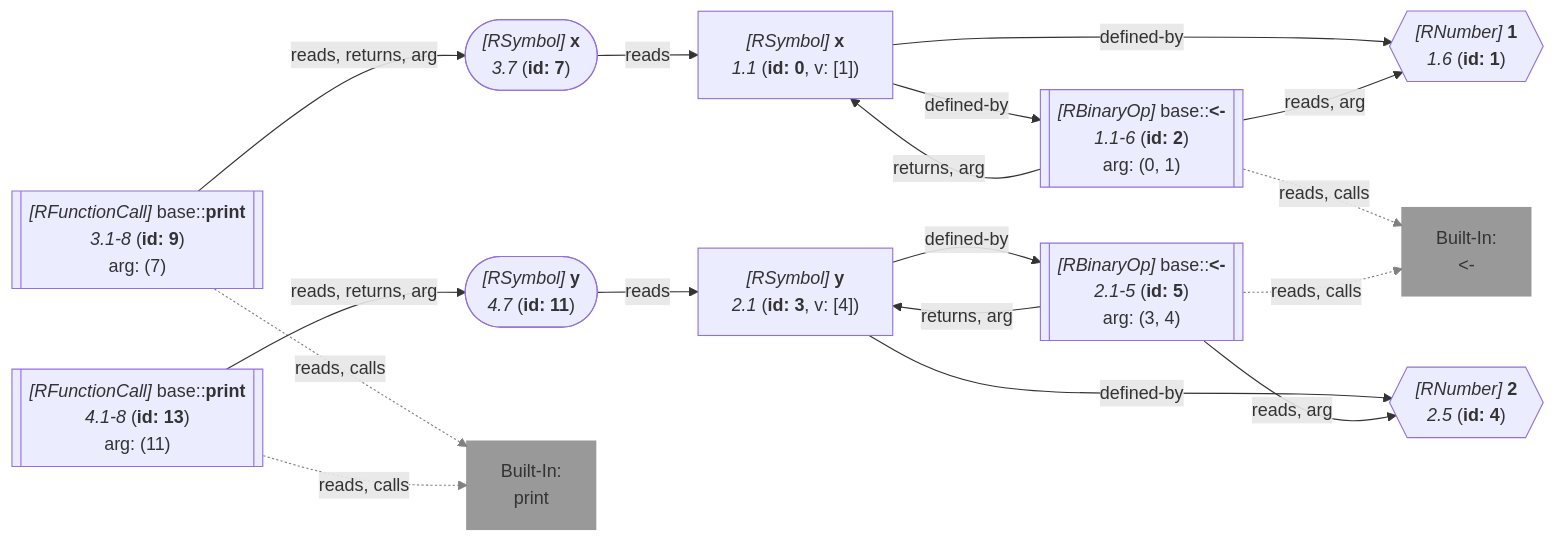
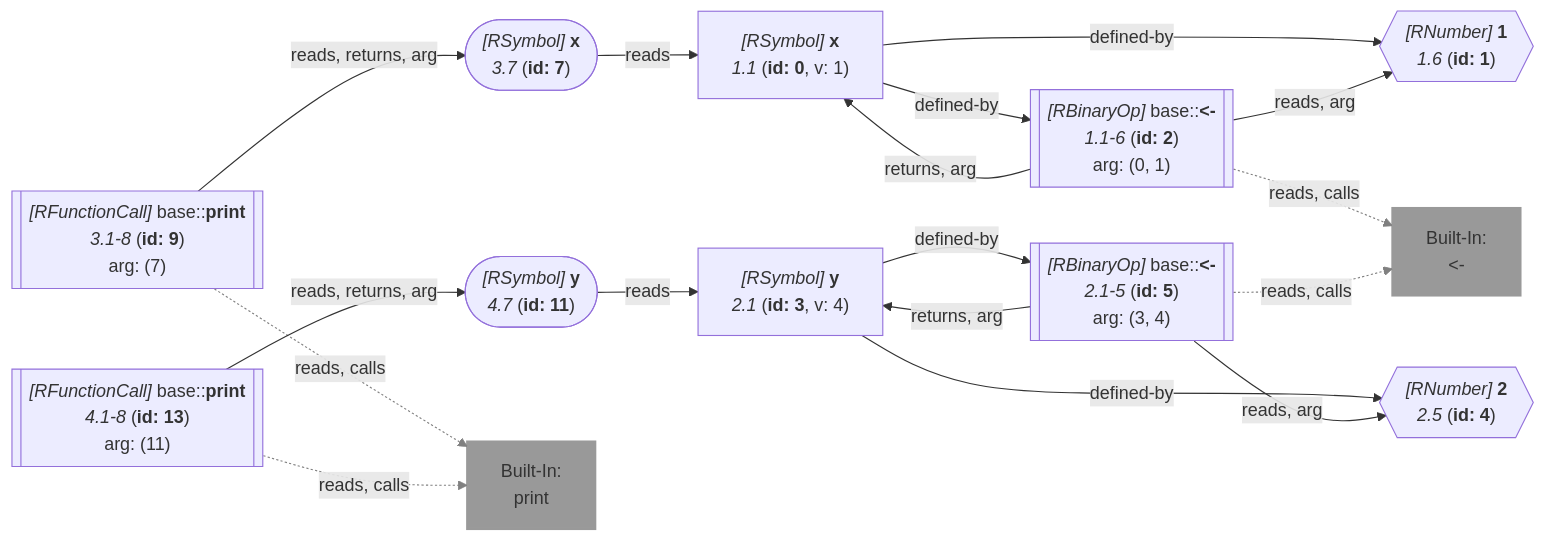
Diagram 20 of 21 in wiki/Query API.md (flowr-analysis/flowr), drawn with Mermaid before and after one commit. The commit also changed other lines of this file and 134 other files, not shown here.

````diff
--- a/wiki/Query API.md
+++ b/wiki/Query API.md
@@ -6711,55 +6878,55 @@
 ```mermaid
 flowchart LR
     1{{"`*#91;RNumber#93;* **1**
       *1.6* (**id: 1**)`"}}
    %% No edges found for 1
     0["`*#91;RSymbol#93;* **x**
-      *1.1* (**id: 0**, v: [1])`"]
+      *1.1* (**id: 0**, v: 1)`"]
     2[["`*#91;RBinaryOp#93;* base#58;#58;**#60;#45;**
       *1.1-6* (**id: 2**)
     arg: (0, 1)`"]]
     built-in:_-["`Built-In:
 #60;#45;`"]
     style built-in:_- stroke:gray,fill:gray,stroke-width:2px,opacity:.8;
     4{{"`*#91;RNumber#93;* **2**
       *2.5* (**id: 4**)`"}}
    %% No edges found for 4
     3["`*#91;RSymbol#93;* **y**
-      *2.1* (**id: 3**, v: [4])`"]
+      *2.1* (**id: 3**, v: 4)`"]
     5[["`*#91;RBinaryOp#93;* base#58;#58;**#60;#45;**
       *2.1-5* (**id: 5**)
     arg: (3, 4)`"]]
     7(["`*#91;RSymbol#93;* **x**
       *3.7* (**id: 7**)`"])
     9[["`*#91;RFunctionCall#93;* base#58;#58;**print**
       *3.1-8* (**id: 9**)
     arg: (7)`"]]
     built-in:print["`Built-In:
 print`"]
     style built-in:print stroke:gray,fill:gray,stroke-width:2px,opacity:.8;
     11(["`*#91;RSymbol#93;* **y**
       *4.7* (**id: 11**)`"])
     13[["`*#91;RFunctionCall#93;* base#58;#58;**print**
       *4.1-8* (**id: 13**)
     arg: (11)`"]]
     0 -->|"defined-by"| 1
     0 -->|"defined-by"| 2
     2 -->|"reads, arg"| 1
     2 -->|"returns, arg"| 0
     2 -.->|"reads, calls"| built-in:_-
     linkStyle 4 stroke:gray;
     3 -->|"defined-by"| 4
     3 -->|"defined-by"| 5
     5 -->|"reads, arg"| 4
     5 -->|"returns, arg"| 3
     5 -.->|"reads, calls"| built-in:_-
     linkStyle 9 stroke:gray;
     7 -->|"reads"| 0
     9 -->|"reads, returns, arg"| 7
     9 -.->|"reads, calls"| built-in:print
     linkStyle 12 stroke:gray;
     11 -->|"reads"| 3
     13 -->|"reads, returns, arg"| 11
     13 -.->|"reads, calls"| built-in:print
     linkStyle 15 stroke:gray;
 ```
````
